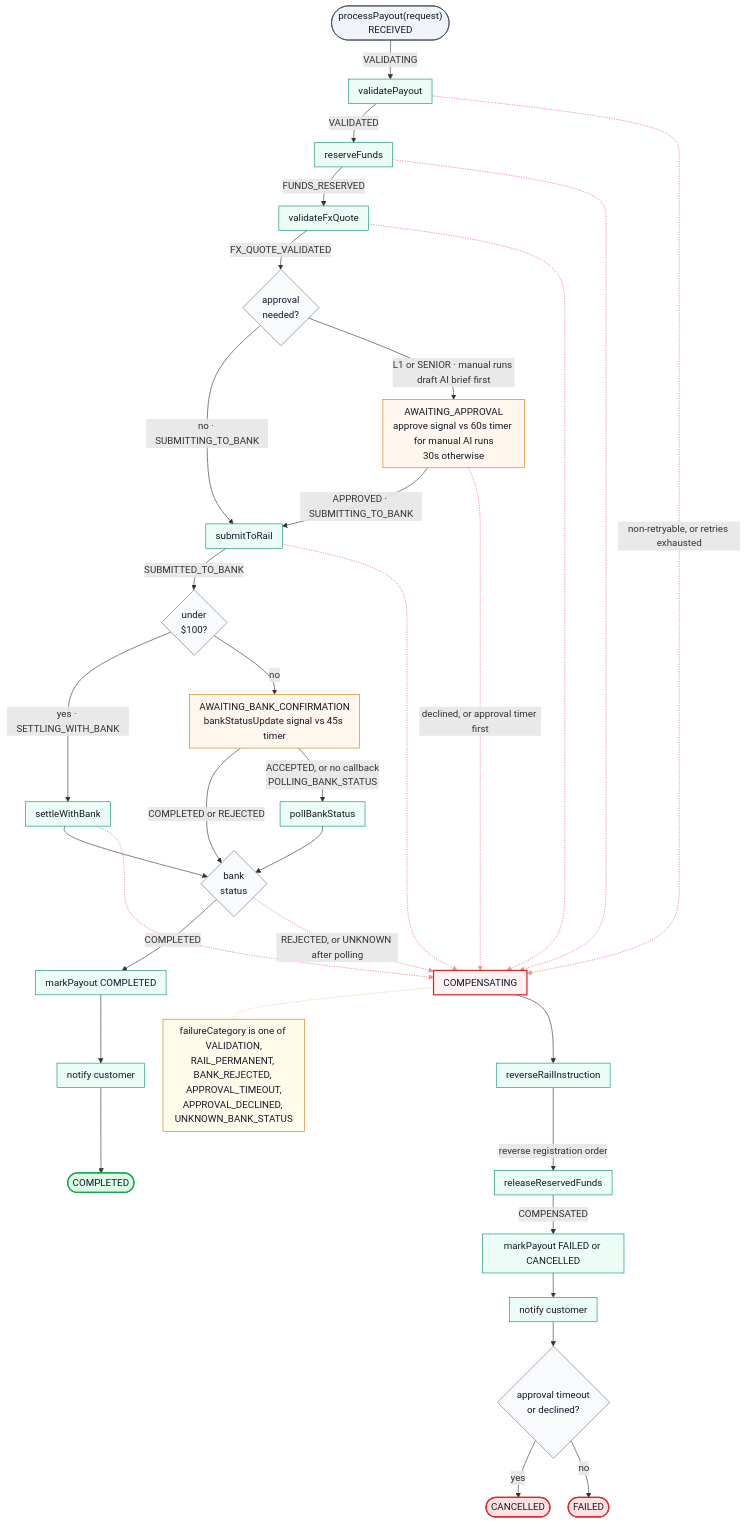
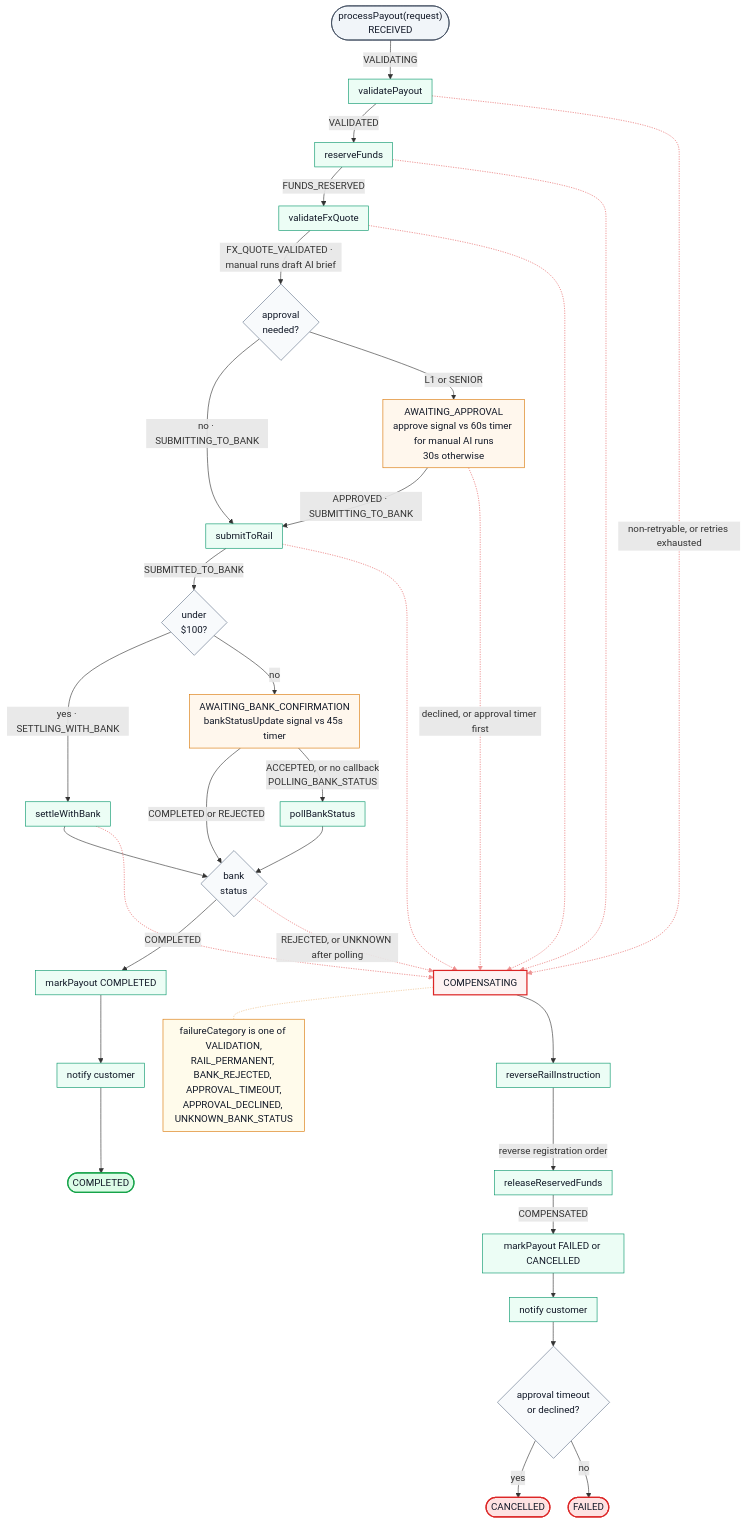
One commit to Shy/temporal-demo-payments changed the second of 2 diagrams in README.md. Above: the diagram before and after it, drawn with Mermaid. The commit also changed other lines of this file and 8 other files, not shown here.

````diff
--- a/README.md
+++ b/README.md
@@ -196,73 +202,73 @@
 ```mermaid
 %%{init: {"flowchart": {"curve": "basis", "nodeSpacing": 30, "rankSpacing": 40, "padding": 8}} }%%
 flowchart TD
     START(["processPayout(request)<br/>RECEIVED"]):::term
     A_VALIDATE["validatePayout"]:::act
     A_RESERVE["reserveFunds"]:::act
     A_FX["validateFxQuote"]:::act
     TIER{"approval<br/>needed?"}:::dec
     AWAIT_APP["AWAITING_APPROVAL<br/>approve signal vs 60s timer for manual AI runs<br/>30s otherwise"]:::wait
     A_SUBMIT["submitToRail"]:::act
     AMT{"under<br/>$100?"}:::dec
     A_SETTLE["settleWithBank"]:::act
     AWAIT_BANK["AWAITING_BANK_CONFIRMATION<br/>bankStatusUpdate signal vs 45s timer"]:::wait
     A_POLL["pollBankStatus"]:::act
     REPORTED{"bank<br/>status"}:::dec
     A_MARK_OK["markPayout COMPLETED"]:::act
     A_NOTIFY_OK["notify customer"]:::act
     DONE(["COMPLETED"]):::ok
     COMPENSATING["COMPENSATING"]:::fail
     NOTE["failureCategory is one of VALIDATION,<br/>RAIL_PERMANENT, BANK_REJECTED, APPROVAL_TIMEOUT,<br/>APPROVAL_DECLINED, UNKNOWN_BANK_STATUS"]:::note
     R1["reverseRailInstruction"]:::act
     R2["releaseReservedFunds"]:::act
     A_MARK_BAD["markPayout FAILED or CANCELLED"]:::act
     A_NOTIFY_BAD["notify customer"]:::act
     TERM{"approval timeout<br/>or declined?"}:::dec
     CANCELLED(["CANCELLED"]):::bad
     FAILED(["FAILED"]):::bad
 
     START -->|"VALIDATING"| A_VALIDATE
     A_VALIDATE -->|"VALIDATED"| A_RESERVE
     A_RESERVE -->|"FUNDS_RESERVED"| A_FX
-    A_FX -->|"FX_QUOTE_VALIDATED"| TIER
+    A_FX -->|"FX_QUOTE_VALIDATED · manual runs draft AI brief"| TIER
     TIER -->|"no · SUBMITTING_TO_BANK"| A_SUBMIT
-    TIER -->|"L1 or SENIOR · manual runs draft AI brief first"| AWAIT_APP
+    TIER -->|"L1 or SENIOR"| AWAIT_APP
     AWAIT_APP -->|"APPROVED · SUBMITTING_TO_BANK"| A_SUBMIT
     A_SUBMIT -->|"SUBMITTED_TO_BANK"| AMT
     AMT -->|"yes · SETTLING_WITH_BANK"| A_SETTLE
     AMT -->|"no"| AWAIT_BANK
     A_SETTLE --> REPORTED
     AWAIT_BANK -->|"COMPLETED or REJECTED"| REPORTED
     AWAIT_BANK -->|"ACCEPTED, or no callback<br/>POLLING_BANK_STATUS"| A_POLL
     A_POLL --> REPORTED
     REPORTED -->|"COMPLETED"| A_MARK_OK
     A_MARK_OK --> A_NOTIFY_OK
     A_NOTIFY_OK --> DONE
     A_VALIDATE -.->|"non-retryable, or retries exhausted"| COMPENSATING
     A_RESERVE -.-> COMPENSATING
     A_FX -.-> COMPENSATING
     A_SUBMIT -.-> COMPENSATING
     A_SETTLE -.-> COMPENSATING
     AWAIT_APP -.->|"declined, or approval timer first"| COMPENSATING
     REPORTED -.->|"REJECTED, or UNKNOWN after polling"| COMPENSATING
     COMPENSATING -.- NOTE
     COMPENSATING --> R1
     R1 -->|"reverse registration order"| R2
     R2 -->|"COMPENSATED"| A_MARK_BAD
     A_MARK_BAD --> A_NOTIFY_BAD
     A_NOTIFY_BAD --> TERM
     TERM -->|"yes"| CANCELLED
     TERM -->|"no"| FAILED
 
     linkStyle 17,18,19,20,21,22,23 stroke:#dc2626,stroke-width:1.5px,opacity:0.5
     linkStyle 24 stroke:#d97706,stroke-width:1px,opacity:0.5
 
     classDef act fill:#ecfdf5,stroke:#059669,color:#111827
     classDef wait fill:#fff7ed,stroke:#d97706,color:#111827
     classDef dec fill:#f8fafc,stroke:#64748b,color:#111827
     classDef fail fill:#fef2f2,stroke:#dc2626,stroke-width:2px,color:#111827
     classDef note fill:#fffbeb,stroke:#d97706,color:#111827
     classDef ok fill:#dcfce7,stroke:#16a34a,stroke-width:2px,color:#111827
     classDef bad fill:#fee2e2,stroke:#dc2626,stroke-width:2px,color:#111827
     classDef term fill:#f1f5f9,stroke:#334155,color:#111827
 ```
````
